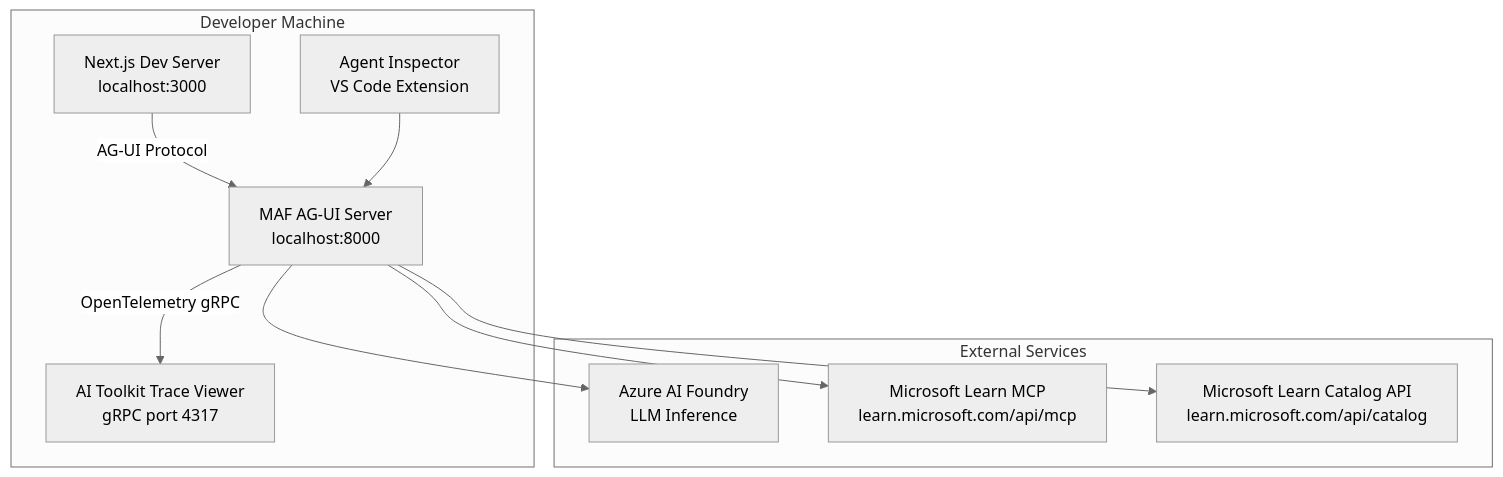
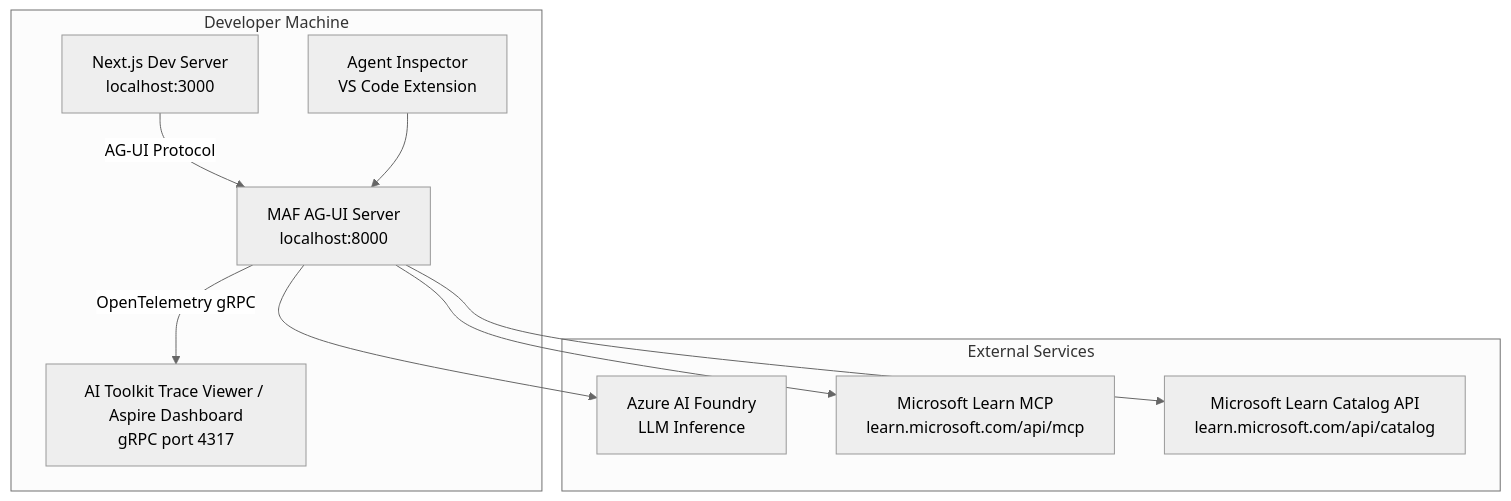
One commit to fernandosalomao/certinator-ai changed diagram 12 of 14 in ARCHITECTURE.md. Above: the diagram before and after it, drawn with Mermaid (neutral theme). The commit also changed other lines of this file and 2 other files, not shown here.

Commit message:
feat: Update architecture documentation and README for clarity and accuracy

````diff
--- a/ARCHITECTURE.md
+++ b/ARCHITECTURE.md
@@ -814,22 +814,22 @@
 ```mermaid
 graph TB
     subgraph "Developer Machine"
         FE[Next.js Dev Server<br/>localhost:3000]
         BE[MAF AG-UI Server<br/>localhost:8000]
-        OTEL[AI Toolkit Trace Viewer<br/>gRPC port 4317]
+        OTEL[AI Toolkit Trace Viewer / Aspire Dashboard<br/>gRPC port 4317]
         INSPECTOR[Agent Inspector<br/>VS Code Extension]
     end
 
     subgraph "External Services"
         FOUNDRY[Azure AI Foundry<br/>LLM Inference]
         MCP_SVC[Microsoft Learn MCP<br/>learn.microsoft.com/api/mcp]
         CATALOG_SVC[Microsoft Learn Catalog API<br/>learn.microsoft.com/api/catalog]
     end
 
     FE -- "AG-UI Protocol" --> BE
     BE -- "OpenTelemetry gRPC" --> OTEL
     BE --> FOUNDRY
     BE --> MCP_SVC
     BE --> CATALOG_SVC
     INSPECTOR --> BE
 ```
````
